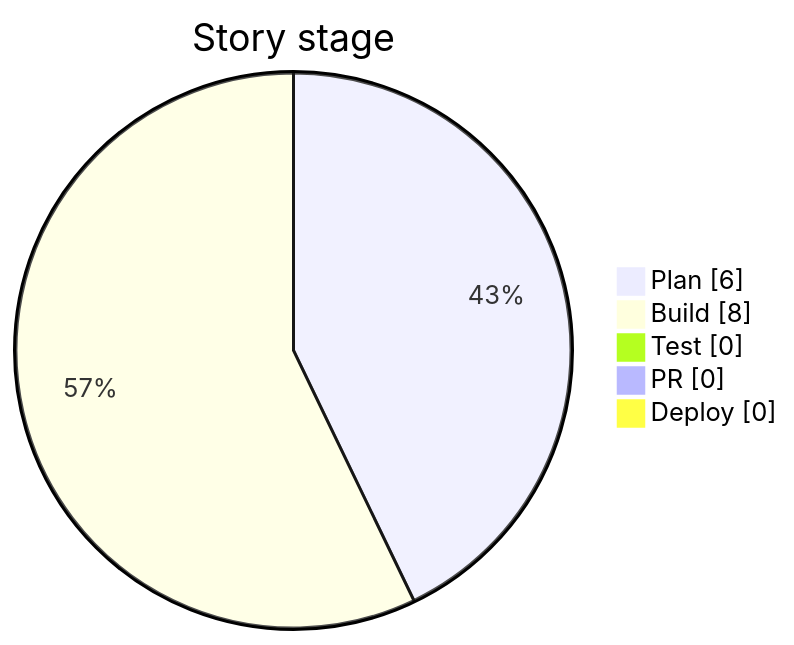
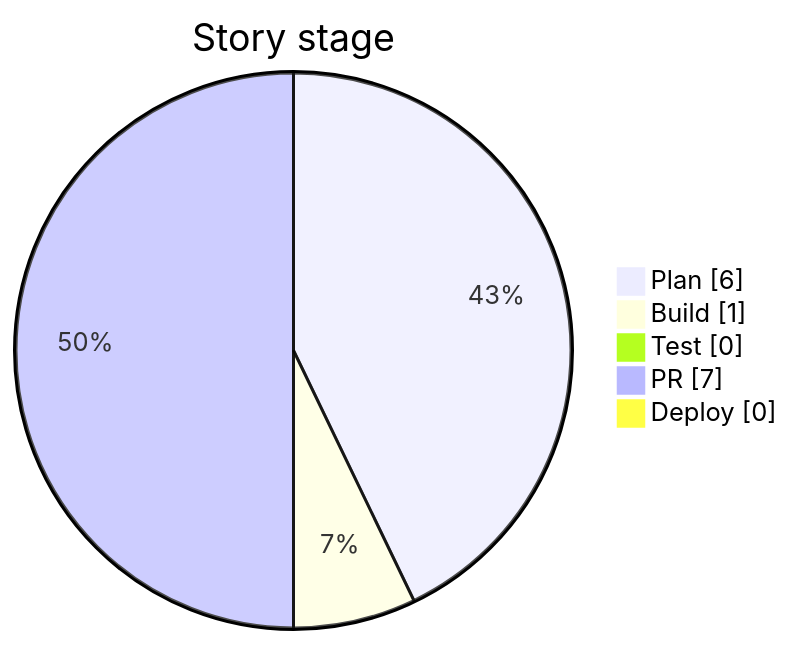
One commit to compadrejunior/postman-demo changed the diagram in docs/project/DASHBOARD.md. Above: the diagram before and after it, drawn with Mermaid. The commit also changed other lines of this file and 11 other files, not shown here.

````diff
--- a/docs/project/DASHBOARD.md
+++ b/docs/project/DASHBOARD.md
@@ -11,9 +11,9 @@
 ```mermaid
 pie showData
     title Story stage
     "Plan" : 6
-    "Build" : 8
+    "Build" : 1
     "Test" : 0
-    "PR" : 0
+    "PR" : 7
     "Deploy" : 0
 ```
````
